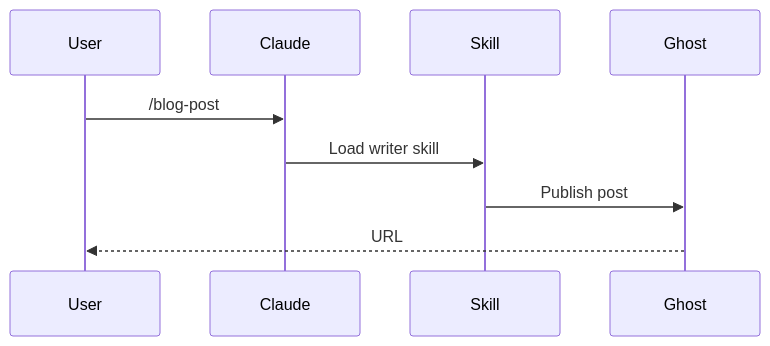
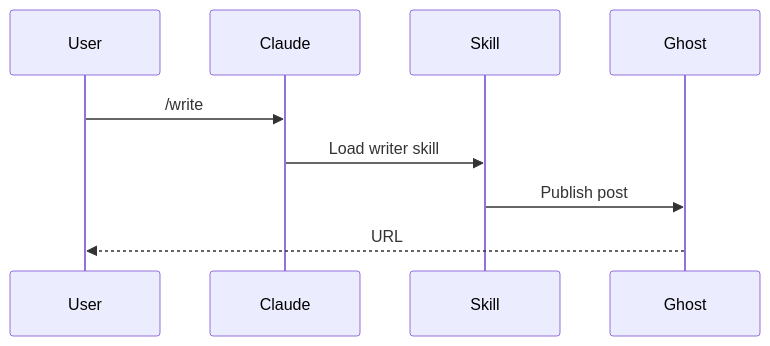
The second of 3 diagrams in .claude/skills/diagram-generation/SKILL.md (notchrisgroves/ia-framework), drawn with Mermaid before and after one commit. The commit also changed other lines of this file and 8 other files, not shown here.

````diff
--- a/.claude/skills/diagram-generation/SKILL.md
+++ b/.claude/skills/diagram-generation/SKILL.md
@@ -133,7 +133,7 @@
 ```mermaid
 sequenceDiagram
-    User->>Claude: /blog-post
+    User->>Claude: /write
     Claude->>Skill: Load writer skill
     Skill->>Ghost: Publish post
     Ghost-->>User: URL
 ```
````
